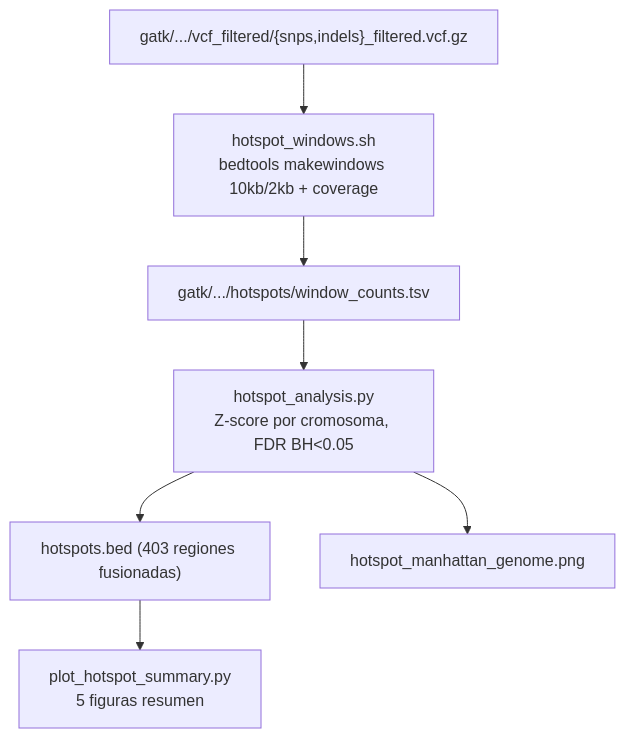
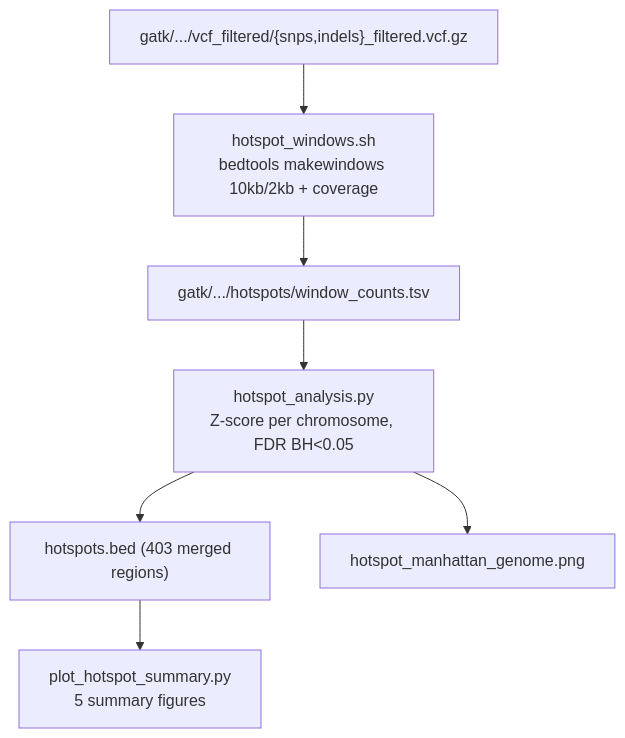
The sixth of 9 diagrams in docs/PIPELINE.md (diegomartinez33/guppy-crispr-wgs-pipeline), drawn with Mermaid before and after one commit. The commit also changed other lines of this file and 11 other files, not shown here.

````diff
--- a/docs/PIPELINE.md
+++ b/docs/PIPELINE.md
@@ -264,9 +264,9 @@
 ```mermaid
 flowchart TD
     FVCF["gatk/.../vcf_filtered/{snps,indels}_filtered.vcf.gz"] --> HW["hotspot_windows.sh\nbedtools makewindows 10kb/2kb + coverage"]
     HW --> WC["gatk/.../hotspots/window_counts.tsv"]
-    WC --> HA["hotspot_analysis.py\nZ-score por cromosoma, FDR BH&lt;0.05"]
-    HA --> HB["hotspots.bed (403 regiones fusionadas)"]
+    WC --> HA["hotspot_analysis.py\nZ-score per chromosome, FDR BH&lt;0.05"]
+    HA --> HB["hotspots.bed (403 merged regions)"]
     HA --> PLOT1["hotspot_manhattan_genome.png"]
-    HB --> PS["plot_hotspot_summary.py\n5 figuras resumen"]
+    HB --> PS["plot_hotspot_summary.py\n5 summary figures"]
 ```
````
